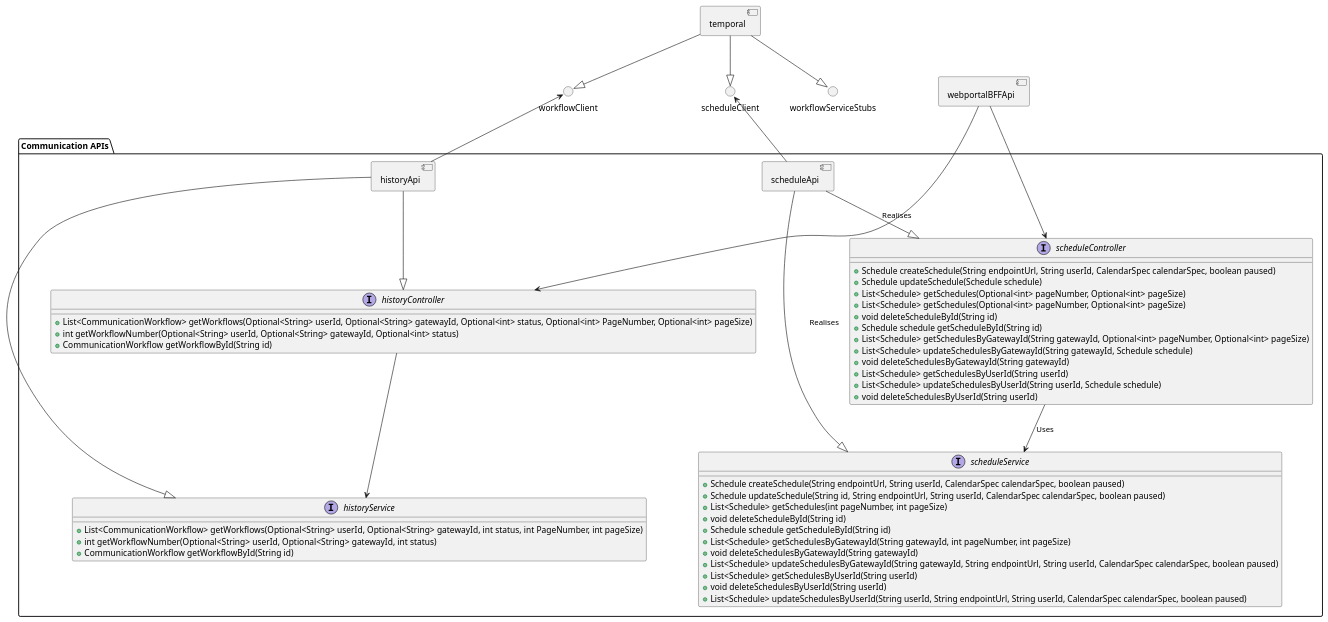
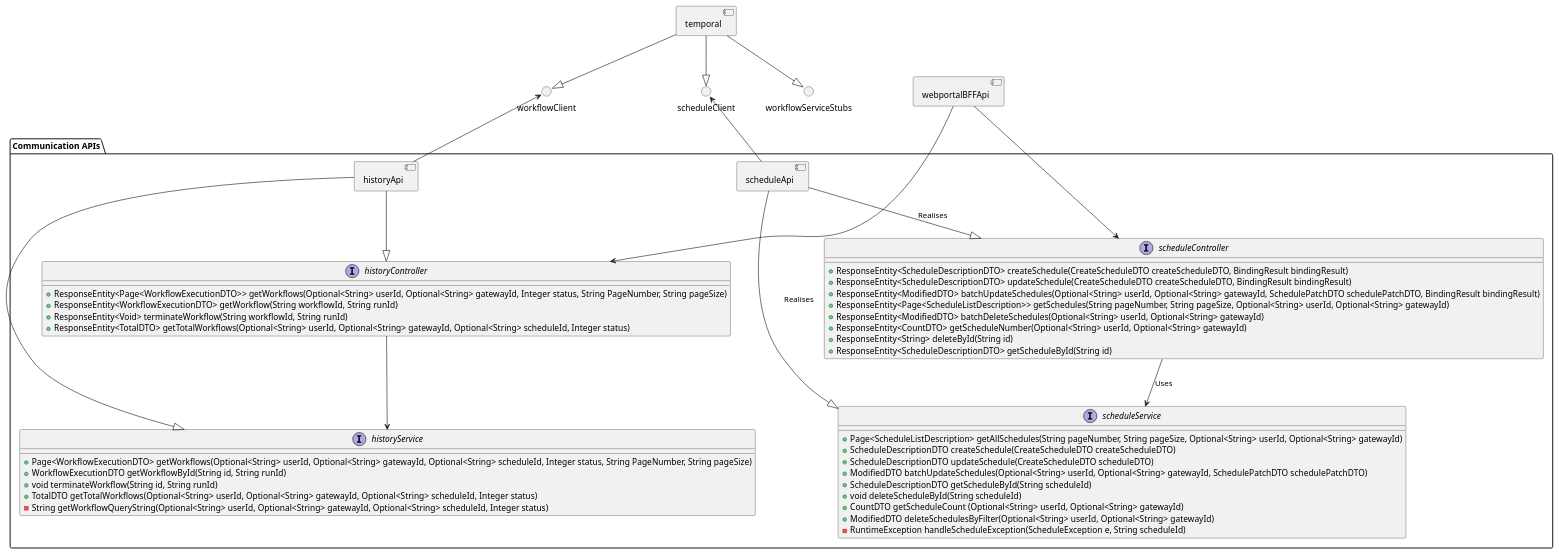
Before and after one commit to CameronWard301/communication_scheduler: the diagram in Designs/System Context/Components/HistoryScheduleApiInterfaces.puml, drawn with PlantUML. The commit also changed 40 other files, not shown here.

Commit message:
Updated diagrams and images

```diff
--- a/Designs/System Context/Components/HistoryScheduleApiInterfaces.puml
+++ b/Designs/System Context/Components/HistoryScheduleApiInterfaces.puml
@@ -1,87 +1,84 @@
 @startuml Component Interfaces
 
 component webportalBFFApi {
 
 }
 
 component temporal {
 }
 
 () workflowClient
 () scheduleClient
 () workflowServiceStubs
 
 
 workflowServiceStubs <|-u- temporal
 workflowClient <|-u- temporal
 scheduleClient <|-u- temporal
 
 package "Communication APIs" as communicationApis {
 
     component scheduleApi{
 
     }
 
     interface scheduleController{
-        + Schedule createSchedule(String endpointUrl, String userId, CalendarSpec calendarSpec, boolean paused)
-        + Schedule updateSchedule(Schedule schedule)
-        + List<Schedule> getSchedules(Optional<int> pageNumber, Optional<int> pageSize)
-        + List<Schedule> getSchedules(Optional<int> pageNumber, Optional<int> pageSize)
-        + void deleteScheduleById(String id)
-        + Schedule schedule getScheduleById(String id)
-        + List<Schedule> getSchedulesByGatewayId(String gatewayId, Optional<int> pageNumber, Optional<int> pageSize)
-        + List<Schedule> updateSchedulesByGatewayId(String gatewayId, Schedule schedule)
-        + void deleteSchedulesByGatewayId(String gatewayId)
-        + List<Schedule> getSchedulesByUserId(String userId)
-        + List<Schedule> updateSchedulesByUserId(String userId, Schedule schedule)
-        + void deleteSchedulesByUserId(String userId)
-    }
+            + ResponseEntity<ScheduleDescriptionDTO> createSchedule(CreateScheduleDTO createScheduleDTO, BindingResult bindingResult)
+            + ResponseEntity<ScheduleDescriptionDTO> updateSchedule(CreateScheduleDTO createScheduleDTO, BindingResult bindingResult)
+            + ResponseEntity<ModifiedDTO> batchUpdateSchedules(Optional<String> userId, Optional<String> gatewayId, SchedulePatchDTO schedulePatchDTO, BindingResult bindingResult)
+            + ResponseEntity<Page<ScheduleListDescription>> getSchedules(String pageNumber, String pageSize, Optional<String> userId, Optional<String> gatewayId)
+            + ResponseEntity<ModifiedDTO> batchDeleteSchedules(Optional<String> userId, Optional<String> gatewayId)
+            + ResponseEntity<CountDTO> getScheduleNumber(Optional<String> userId, Optional<String> gatewayId)
+            + ResponseEntity<String> deleteById(String id)
+            + ResponseEntity<ScheduleDescriptionDTO> getScheduleById(String id)
+        }
 
     interface scheduleService {
-        + Schedule createSchedule(String endpointUrl, String userId, CalendarSpec calendarSpec, boolean paused)
-        + Schedule updateSchedule(String id, String endpointUrl, String userId, CalendarSpec calendarSpec, boolean paused)
-        + List<Schedule> getSchedules(int pageNumber, int pageSize)
-        + void deleteScheduleById(String id)
-        + Schedule schedule getScheduleById(String id)
-        + List<Schedule> getSchedulesByGatewayId(String gatewayId, int pageNumber, int pageSize)
-        + void deleteSchedulesByGatewayId(String gatewayId)
-        + List<Schedule> updateSchedulesByGatewayId(String gatewayId, String endpointUrl, String userId, CalendarSpec calendarSpec, boolean paused)
-        + List<Schedule> getSchedulesByUserId(String userId)
-        + void deleteSchedulesByUserId(String userId)
-        + List<Schedule> updateSchedulesByUserId(String userId, String endpointUrl, String userId, CalendarSpec calendarSpec, boolean paused)
+        + Page<ScheduleListDescription> getAllSchedules(String pageNumber, String pageSize, Optional<String> userId, Optional<String> gatewayId)
+        + ScheduleDescriptionDTO createSchedule(CreateScheduleDTO createScheduleDTO)
+        + ScheduleDescriptionDTO updateSchedule(CreateScheduleDTO scheduleDTO)
+        + ModifiedDTO batchUpdateSchedules(Optional<String> userId, Optional<String> gatewayId, SchedulePatchDTO schedulePatchDTO)
+        + ScheduleDescriptionDTO getScheduleById(String scheduleId)
+        + void deleteScheduleById(String scheduleId)
+        + CountDTO getScheduleCount (Optional<String> userId, Optional<String> gatewayId)
+        + ModifiedDTO deleteSchedulesByFilter(Optional<String> userId, Optional<String> gatewayId)
+        - RuntimeException handleScheduleException(ScheduleException e, String scheduleId)
     }
 
 
     scheduleApi --|> scheduleService : Realises
     scheduleApi --|> scheduleController : Realises
     scheduleController --> scheduleService : Uses
 
     component historyApi {
 
     }
 
     interface historyController {
-        + List<CommunicationWorkflow> getWorkflows(Optional<String> userId, Optional<String> gatewayId, Optional<int> status, Optional<int> PageNumber, Optional<int> pageSize)
-        + int getWorkflowNumber(Optional<String> userId, Optional<String> gatewayId, Optional<int> status)
-        + CommunicationWorkflow getWorkflowById(String id)
+        + ResponseEntity<Page<WorkflowExecutionDTO>> getWorkflows(Optional<String> userId, Optional<String> gatewayId, Integer status, String PageNumber, String pageSize)
+        + ResponseEntity<WorkflowExecutionDTO> getWorkflow(String workflowId, String runId)
+        + ResponseEntity<Void> terminateWorkflow(String workflowId, String runId)
+        + ResponseEntity<TotalDTO> getTotalWorkflows(Optional<String> userId, Optional<String> gatewayId, Optional<String> scheduleId, Integer status)
     }
 
 
     interface historyService {
-        + List<CommunicationWorkflow> getWorkflows(Optional<String> userId, Optional<String> gatewayId, int status, int PageNumber, int pageSize)
-        + int getWorkflowNumber(Optional<String> userId, Optional<String> gatewayId, int status)
-        + CommunicationWorkflow getWorkflowById(String id)
+        + Page<WorkflowExecutionDTO> getWorkflows(Optional<String> userId, Optional<String> gatewayId, Optional<String> scheduleId, Integer status, String PageNumber, String pageSize)
+        + WorkflowExecutionDTO getWorkflowById(String id, String runId)
+        + void terminateWorkflow(String id, String runId)
+        + TotalDTO getTotalWorkflows(Optional<String> userId, Optional<String> gatewayId, Optional<String> scheduleId, Integer status)
+        - String getWorkflowQueryString(Optional<String> userId, Optional<String> gatewayId, Optional<String> scheduleId, Integer status)
     }
 
     historyApi --|> historyService
     historyApi --|> historyController
     historyController --> historyService
-    
+
 }
 
 
 webportalBFFApi ---> historyController
 webportalBFFApi ---> scheduleController
 scheduleClient <-- scheduleApi
 workflowClient <-- historyApi
 @enduml
```
